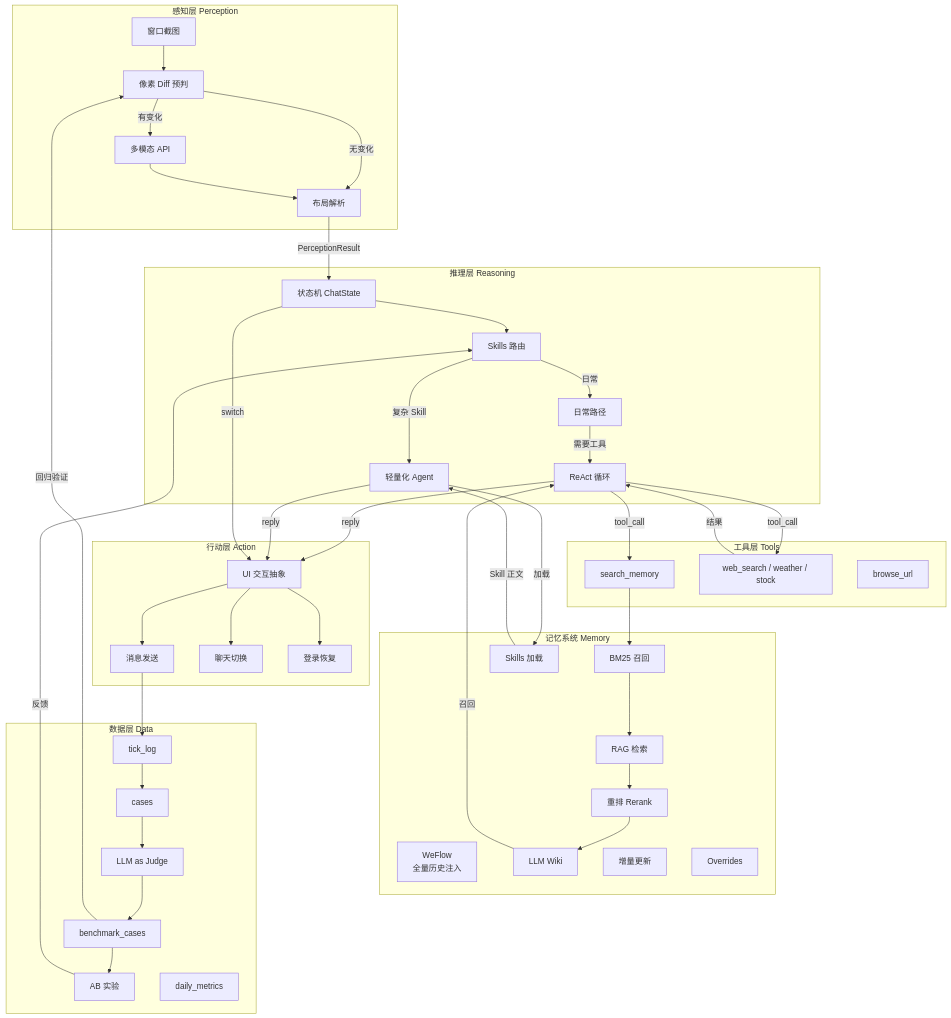
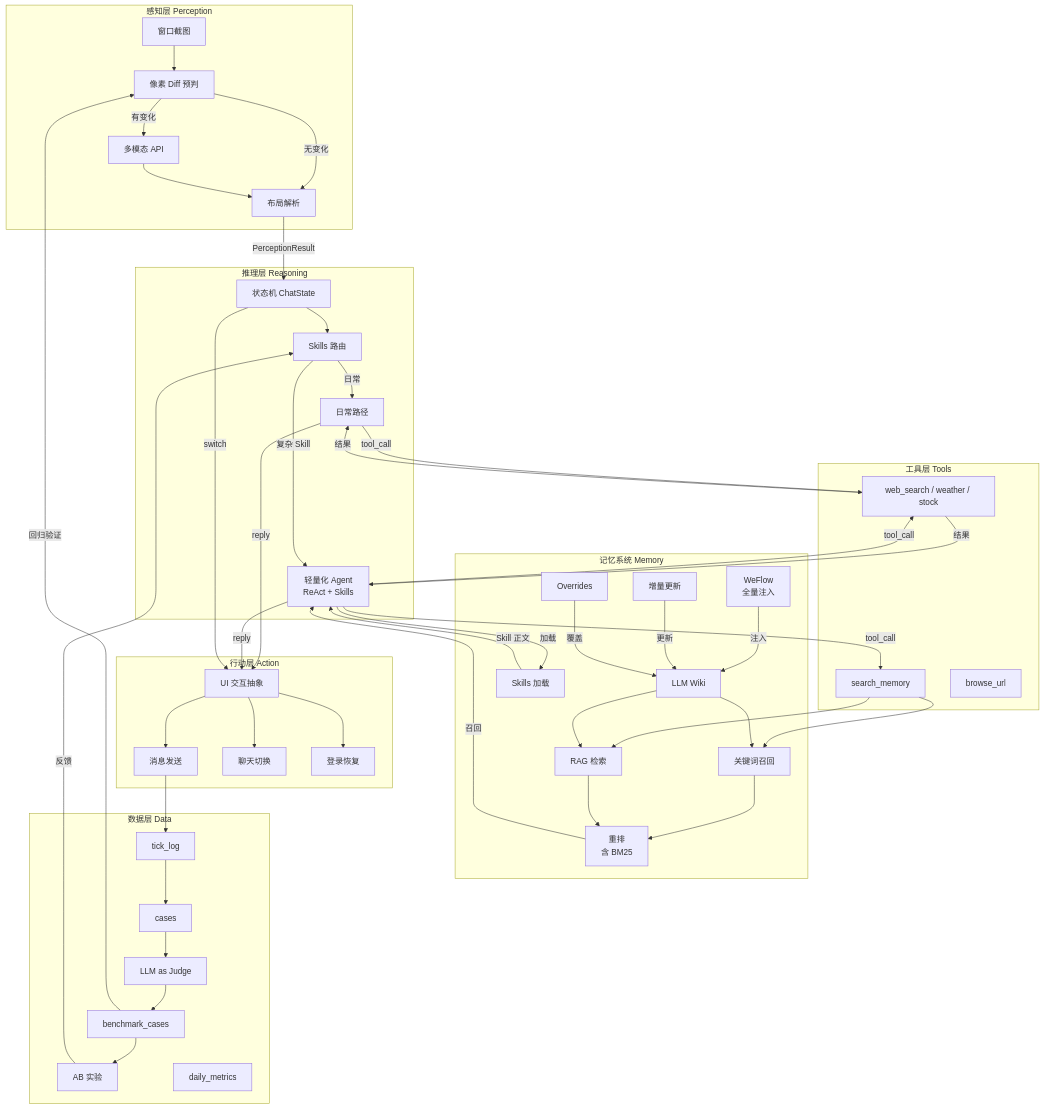
Before and after one commit to 899ms/wechat-mac-rpa: the first of 3 diagrams in README.md, drawn with Mermaid. The commit also changed other lines of this file and 12 other files, not shown here.

First line of the commit message:
docs(architecture): fix system diagram alignment with actual code

````diff
--- a/README.md
+++ b/README.md
@@ -21,8 +21,7 @@
         R1["状态机 ChatState"]
         R2["Skills 路由"]
         R3["日常路径"]
-        R4["轻量化 Agent"]
-        R5["ReAct 循环"]
+        R4["轻量化 Agent<br/>ReAct + Skills"]
     end
 
     subgraph Tools["工具层 Tools"]
@@ -32,11 +31,11 @@
     end
 
     subgraph Memory["记忆系统 Memory"]
-        M0["WeFlow<br/>全量历史注入"]
+        M0["WeFlow<br/>全量注入"]
         M1["LLM Wiki"]
-        M2["BM25 召回"]
+        M2["关键词召回"]
         M3["RAG 检索"]
-        M4["重排 Rerank"]
+        M4["重排<br/>含 BM25"]
         M5["增量更新"]
         M6["Overrides"]
         M7["Skills 加载"]
@@ -66,23 +65,31 @@
     R1 --> R2
     R2 -->|日常| R3
     R2 -->|复杂 Skill| R4
+
+    R3 -->|tool_call| T2
+    R4 -->|tool_call| T1
+    R4 -->|tool_call| T2
     R4 -->|加载| M7
     M7 -->|Skill 正文| R4
-    R3 -->|需要工具| R5
-    R5 -->|tool_call| T1
+
     T1 --> M2
-    M2 --> M3
+    T1 --> M3
+    M1 --> M2
+    M1 --> M3
+    M2 --> M4
     M3 --> M4
-    M4 --> M1
-    M1 -->|召回| R5
-    R5 -->|tool_call| T2
-    T2 -->|结果| R5
-    R5 -->|reply| A1
+    M4 -->|召回| R4
+
+    T2 -->|结果| R3
+    T2 -->|结果| R4
+
+    R3 -->|reply| A1
     R4 -->|reply| A1
     R1 -->|switch| A1
     A1 --> A2
     A1 --> A3
     A1 --> A4
+
     A2 --> D1
     D1 --> D2
     D2 --> D4
@@ -90,4 +97,8 @@
     D3 --> D5
     D5 -->|反馈| R2
     D3 -->|回归验证| P2
+
+    M0 -->|注入| M1
+    M5 -->|更新| M1
+    M6 -->|覆盖| M1
 ```
````
